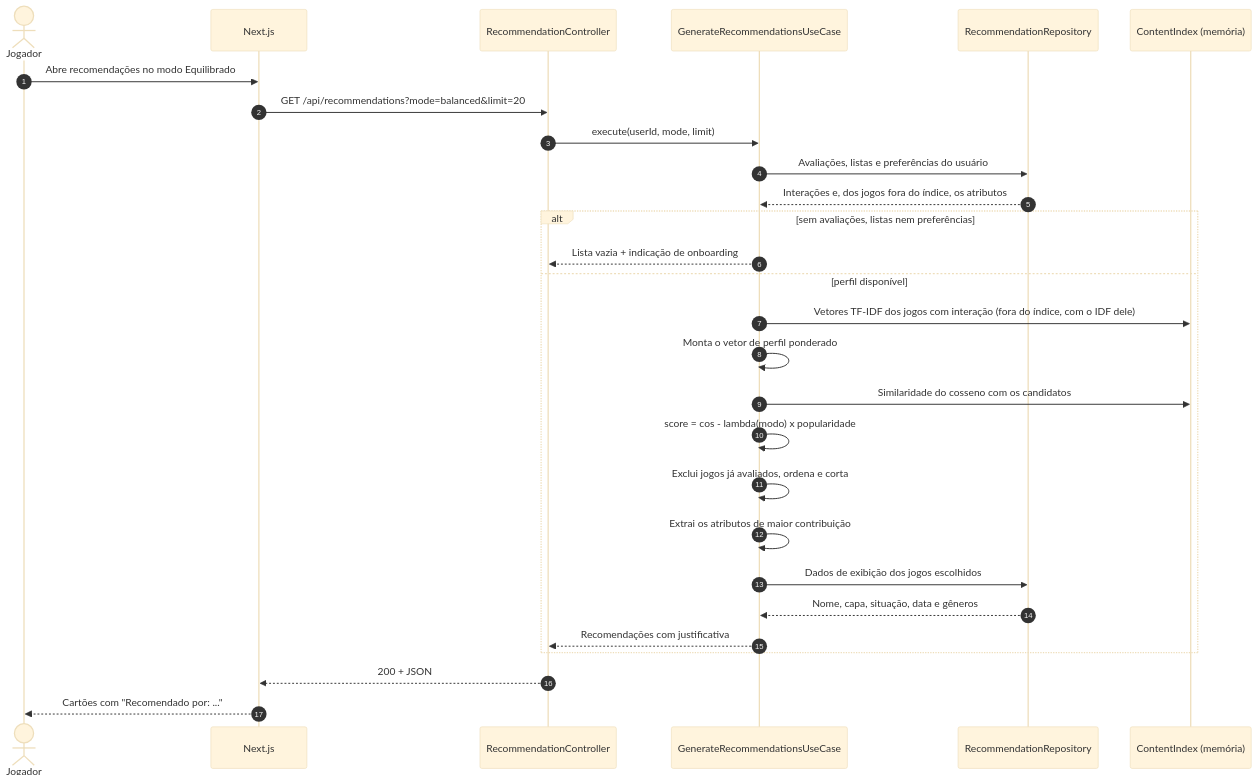
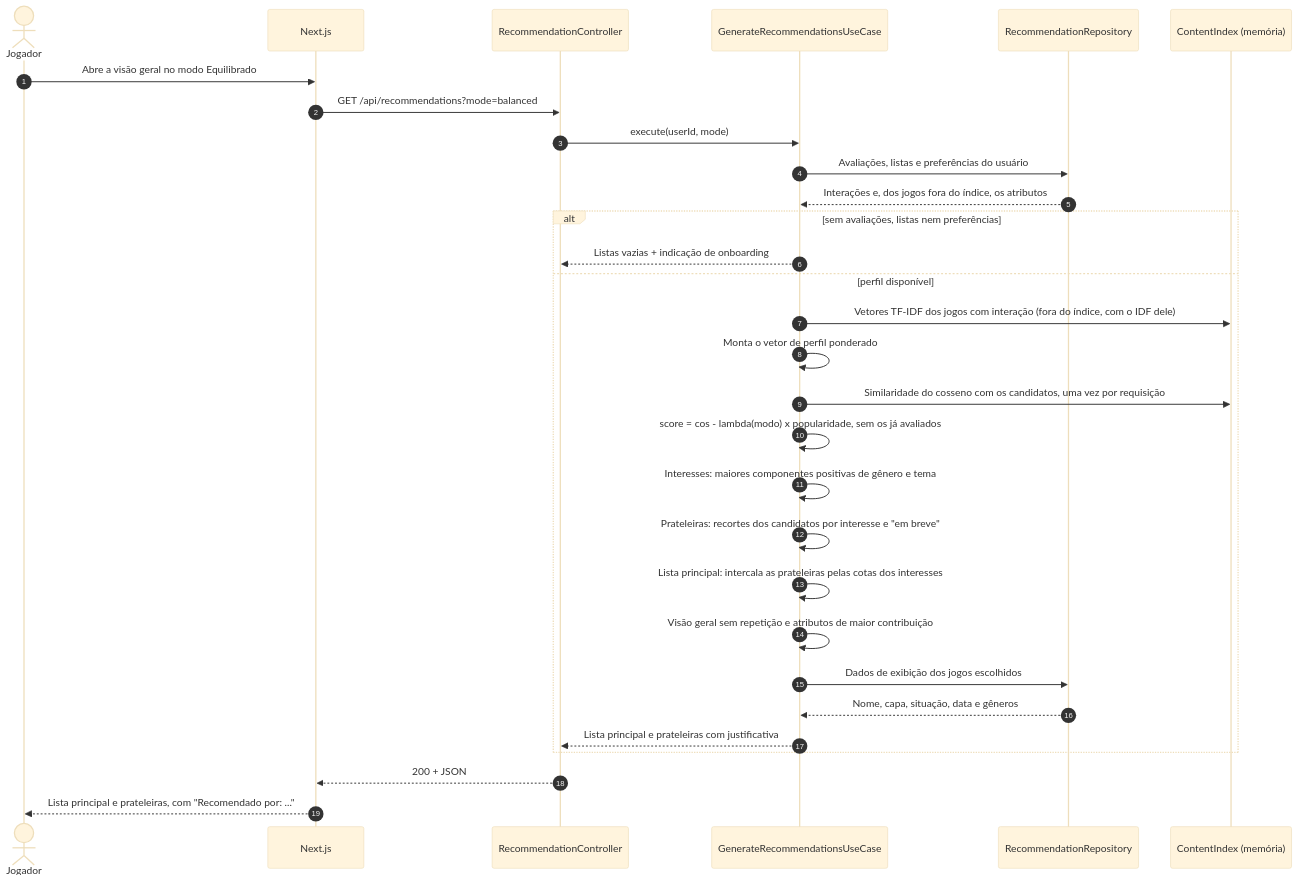
Before and after one commit to vicgopfert/indie-discovery: the fifth of 6 diagrams in docs/proposta-tecnica.md, drawn with Mermaid (base theme). The commit also changed other lines of this file, not shown here.

````diff
--- a/docs/proposta-tecnica.md
+++ b/docs/proposta-tecnica.md
@@ -807,30 +810,32 @@
 ```mermaid
 sequenceDiagram
     autonumber
     actor J as Jogador
     participant W as Next.js
     participant C as RecommendationController
     participant U as GenerateRecommendationsUseCase
     participant L as RecommendationRepository
     participant I as ContentIndex (memória)
-    J->>W: Abre recomendações no modo Equilibrado
-    W->>C: GET /api/recommendations?mode=balanced&limit=20
-    C->>U: execute(userId, mode, limit)
+    J->>W: Abre a visão geral no modo Equilibrado
+    W->>C: GET /api/recommendations?mode=balanced
+    C->>U: execute(userId, mode)
     U->>L: Avaliações, listas e preferências do usuário
     L-->>U: Interações e, dos jogos fora do índice, os atributos
     alt sem avaliações, listas nem preferências
-        U-->>C: Lista vazia + indicação de onboarding
+        U-->>C: Listas vazias + indicação de onboarding
     else perfil disponível
         U->>I: Vetores TF-IDF dos jogos com interação (fora do índice, com o IDF dele)
         U->>U: Monta o vetor de perfil ponderado
-        U->>I: Similaridade do cosseno com os candidatos
-        U->>U: score = cos - lambda(modo) x popularidade
-        U->>U: Exclui jogos já avaliados, ordena e corta
-        U->>U: Extrai os atributos de maior contribuição
+        U->>I: Similaridade do cosseno com os candidatos, uma vez por requisição
+        U->>U: score = cos - lambda(modo) x popularidade, sem os já avaliados
+        U->>U: Interesses: maiores componentes positivas de gênero e tema
+        U->>U: Prateleiras: recortes dos candidatos por interesse e "em breve"
+        U->>U: Lista principal: intercala as prateleiras pelas cotas dos interesses
+        U->>U: Visão geral sem repetição e atributos de maior contribuição
         U->>L: Dados de exibição dos jogos escolhidos
         L-->>U: Nome, capa, situação, data e gêneros
-        U-->>C: Recomendações com justificativa
+        U-->>C: Lista principal e prateleiras com justificativa
     end
     C-->>W: 200 + JSON
-    W-->>J: Cartões com "Recomendado por: ..."
+    W-->>J: Lista principal e prateleiras, com "Recomendado por: ..."
 ```
````
